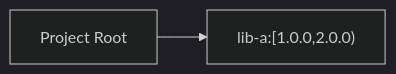
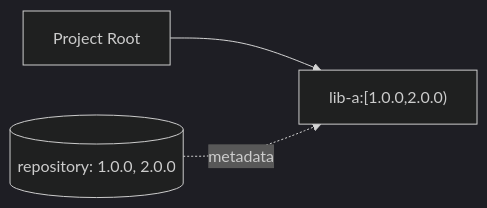
Before and after one commit to JavaDependencyHell/fieldguide: the diagram in demos/maven-demo/scenario-9-ranges/guide.qmd, drawn with Mermaid (dark theme). The commit also changed other lines of this file and 208 other files, not shown here.

````diff
--- a/demos/maven-demo/scenario-9-ranges/guide.qmd
+++ b/demos/maven-demo/scenario-9-ranges/guide.qmd
@@ -18,5 +19,6 @@
 ```{mermaid}
 %%| fig-width: 4.4
 graph LR
     Root["Project Root"] --> LibA["lib-a:[1.0.0,2.0.0)"]
+    Repo[("repository: 1.0.0, 2.0.0")] -. metadata .-> LibA
 ```
````
